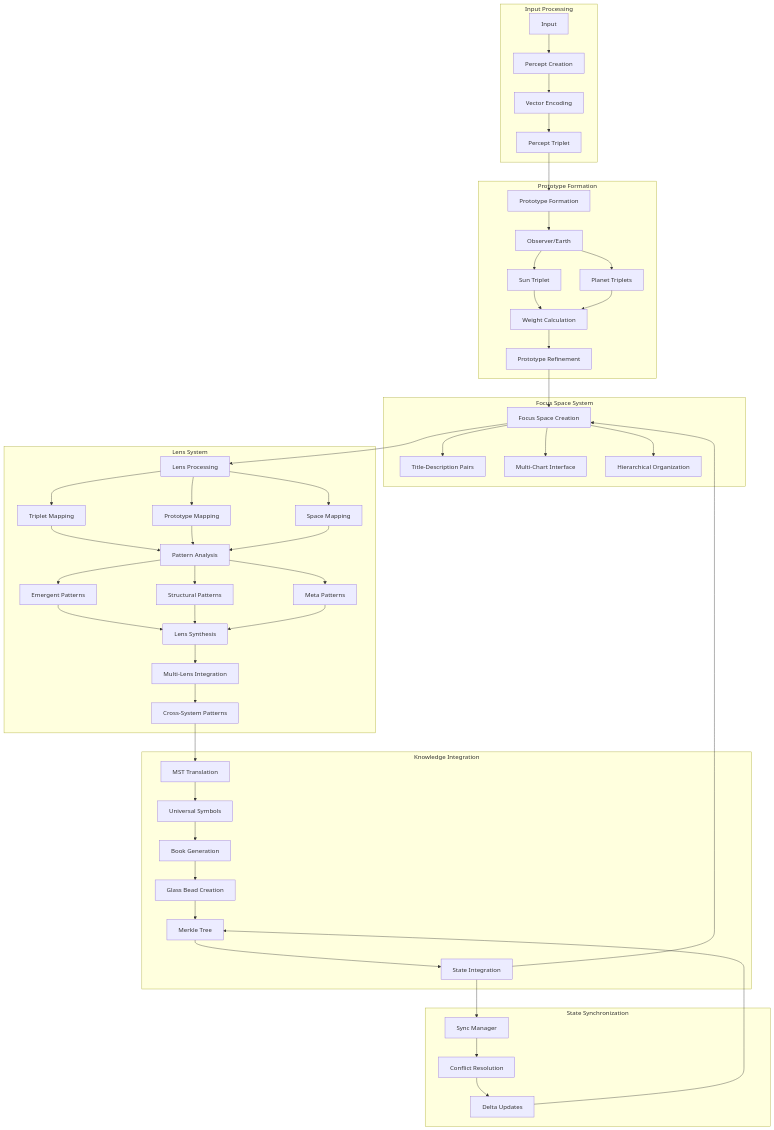
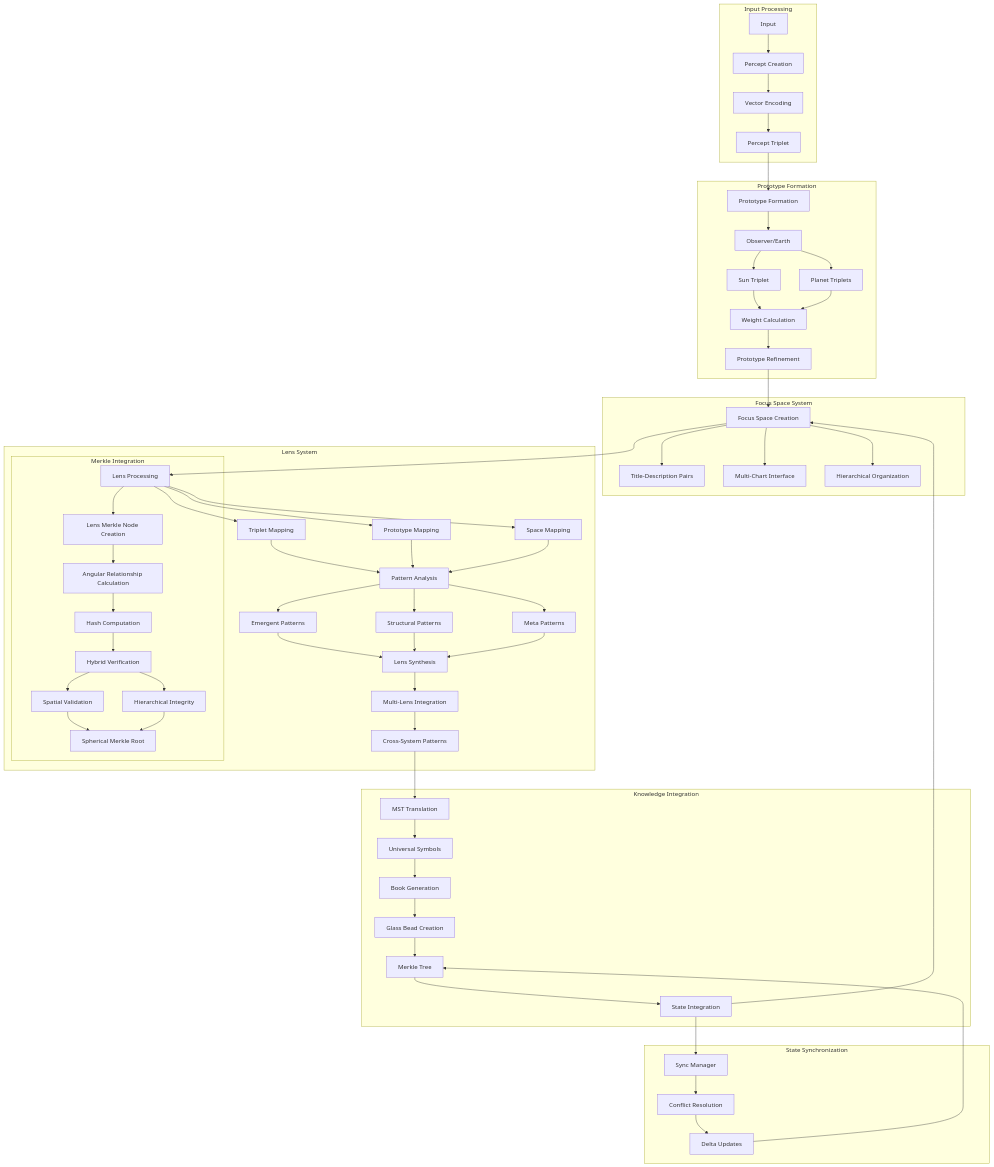
One commit to heavyblotto/memorativa changed the second of 2 diagrams in docs/2. the cybernetic system/memorativa-2-13-lens-system.md. Above: the diagram before and after it, drawn with Mermaid. The commit also changed other lines of this file and 71 other files, not shown here.

````diff
--- a/docs/2. the cybernetic system/memorativa-2-13-lens-system.md
+++ b/docs/2. the cybernetic system/memorativa-2-13-lens-system.md
@@ -416,65 +1244,78 @@
 ```mermaid
 graph TD
     subgraph "Input Processing"
         I[Input] --> P[Percept Creation]
         P --> V[Vector Encoding]
         V --> PT[Percept Triplet]
     end
 
     subgraph "Prototype Formation"
         PT --> PF[Prototype Formation]
         PF --> O[Observer/Earth]
         O --> ST[Sun Triplet]
         O --> PLT[Planet Triplets]
         ST --> W[Weight Calculation]
         PLT --> W
         W --> PR[Prototype Refinement]
     end
 
     subgraph "Focus Space System"
         PR --> FS[Focus Space Creation]
         FS --> TD[Title-Description Pairs]
         FS --> MC[Multi-Chart Interface]
         FS --> HO[Hierarchical Organization]
     end
 
     subgraph "Lens System"
         FS --> LP[Lens Processing]
         LP --> TM[Triplet Mapping]
         LP --> PM[Prototype Mapping]
         LP --> SM[Space Mapping]
         
         TM --> PA[Pattern Analysis]
         PM --> PA
         SM --> PA
         
         PA --> EP[Emergent Patterns]
         PA --> SP[Structural Patterns]
         PA --> MP[Meta Patterns]
         
         EP --> LS[Lens Synthesis]
         SP --> LS
         MP --> LS
         
         LS --> ML[Multi-Lens Integration]
         ML --> CS[Cross-System Patterns]
+        
+        subgraph "Merkle Integration"
+            LP --> LM[Lens Merkle Node Creation]
+            LM --> AR[Angular Relationship Calculation]
+            AR --> HC[Hash Computation]
+            HC --> HV[Hybrid Verification]
+            
+            HV --> SV[Spatial Validation]
+            HV --> HI[Hierarchical Integrity]
+            
+            SV --> SMR[Spherical Merkle Root]
+            HI --> SMR
+        end
     end
 
     subgraph "Knowledge Integration"
         CS --> MST[MST Translation]
         MST --> U[Universal Symbols]
         U --> B[Book Generation]
         
         B --> GB[Glass Bead Creation]
         GB --> MT[Merkle Tree]
         MT --> SI[State Integration]
         SI --> FS
     end
 
     subgraph "State Synchronization"
         SI --> SY[Sync Manager]
         SY --> CR[Conflict Resolution]
         CR --> DU[Delta Updates]
         DU --> MT
     end
 ```
````
